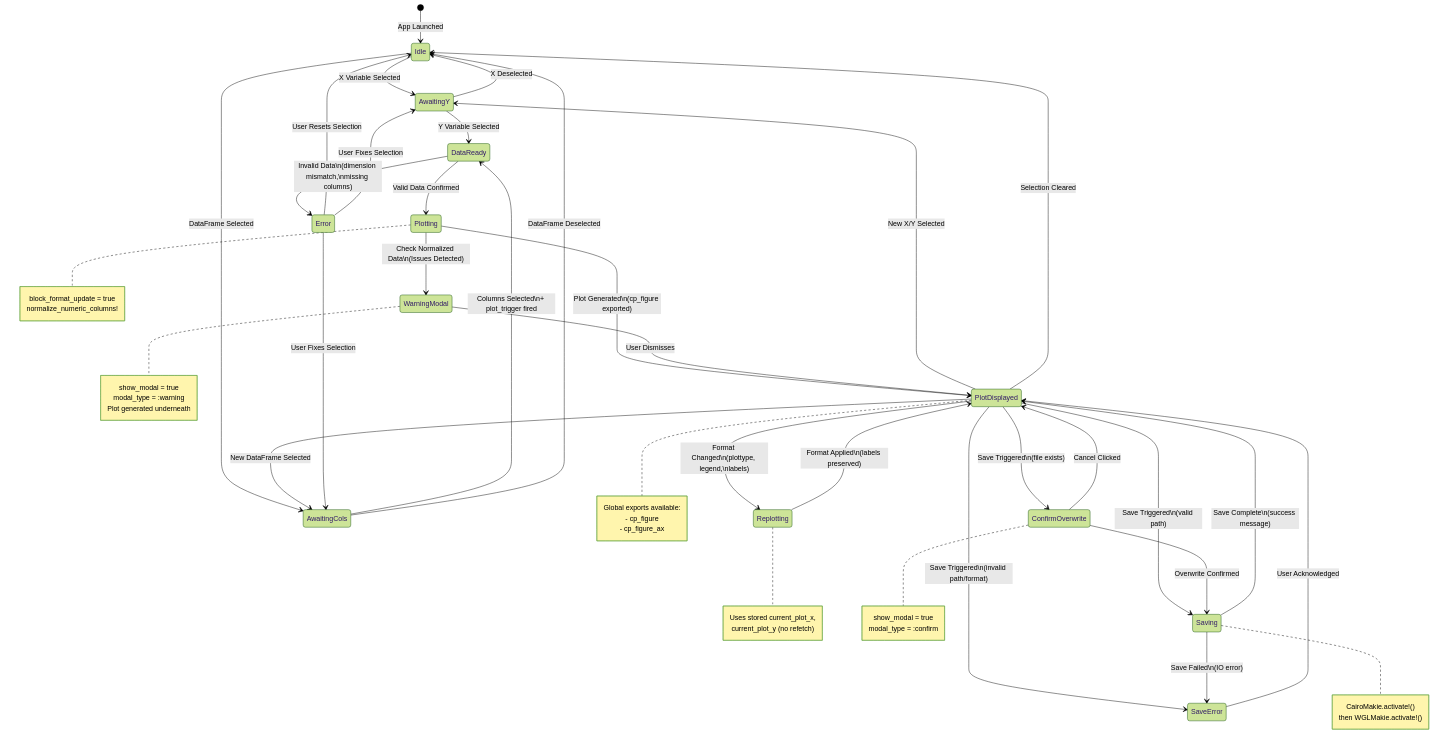
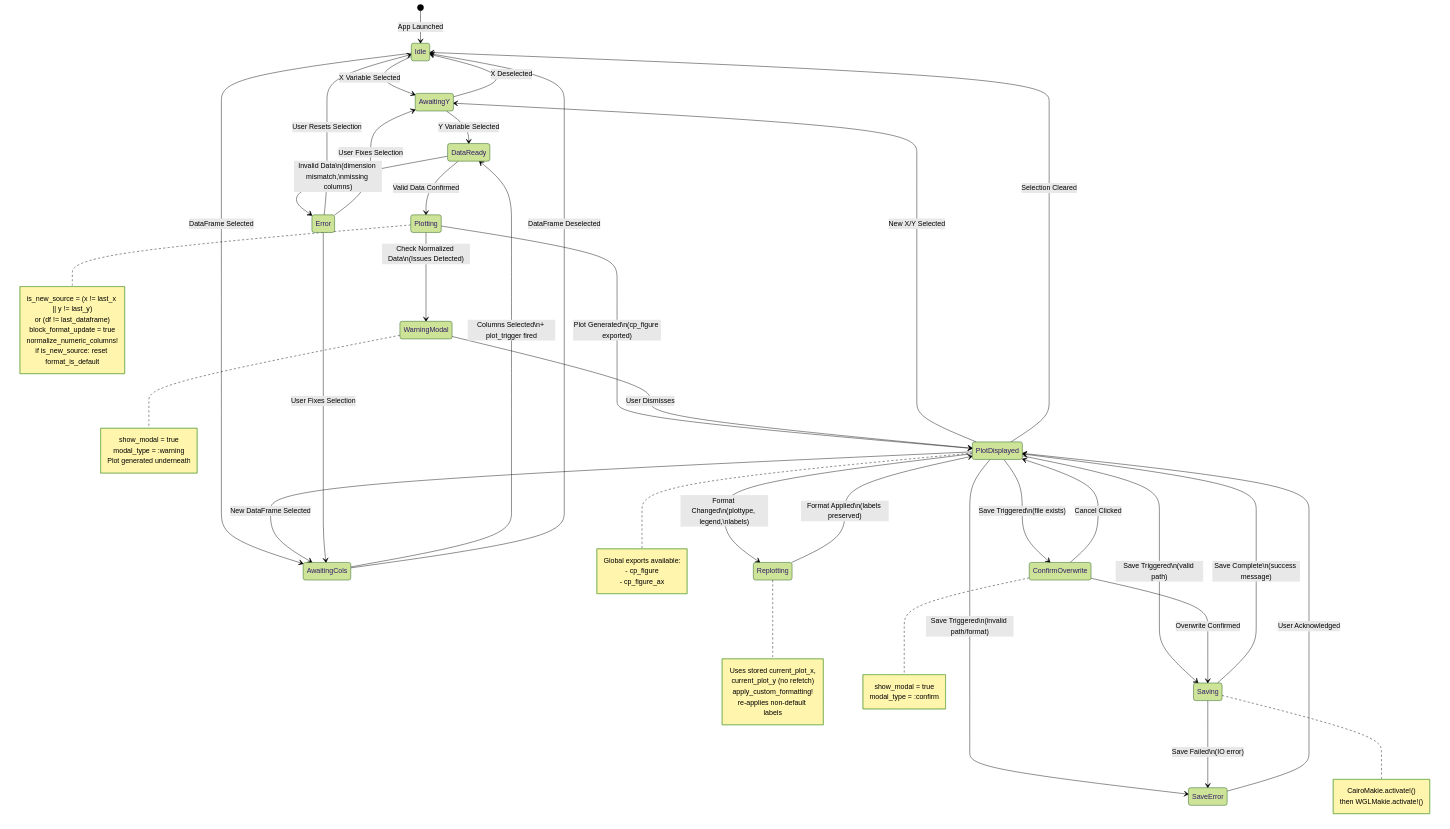
Before and after one commit to Eben60/CasualPlots.jl: the diagram in AGENTS_more_info/Mermaid/state_transition_map.md, drawn with Mermaid (forest theme). The commit also changed 11 other files, not shown here.

```diff
--- a/AGENTS_more_info/Mermaid/state_transition_map.md
+++ b/AGENTS_more_info/Mermaid/state_transition_map.md
@@ -49,13 +49,18 @@
     Error --> AwaitingCols: User Fixes Selection
     
     note right of Plotting
+        is_new_source = (x != last_x || y != last_y)
+        or (df != last_dataframe)
         block_format_update = true
         normalize_numeric_columns!
+        if is_new_source: reset format_is_default
     end note
     
     note right of Replotting
         Uses stored current_plot_x,
         current_plot_y (no refetch)
+        apply_custom_formatting!
+        re-applies non-default labels
     end note
     
     note right of PlotDisplayed
```
